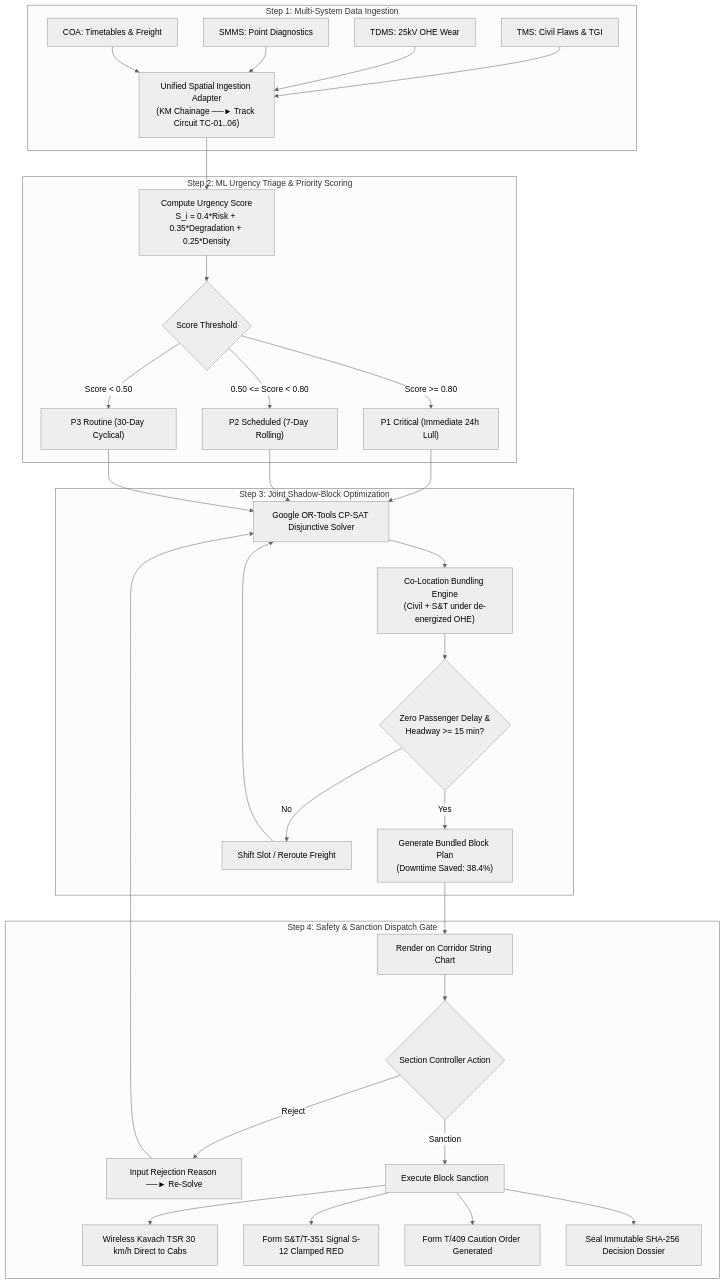
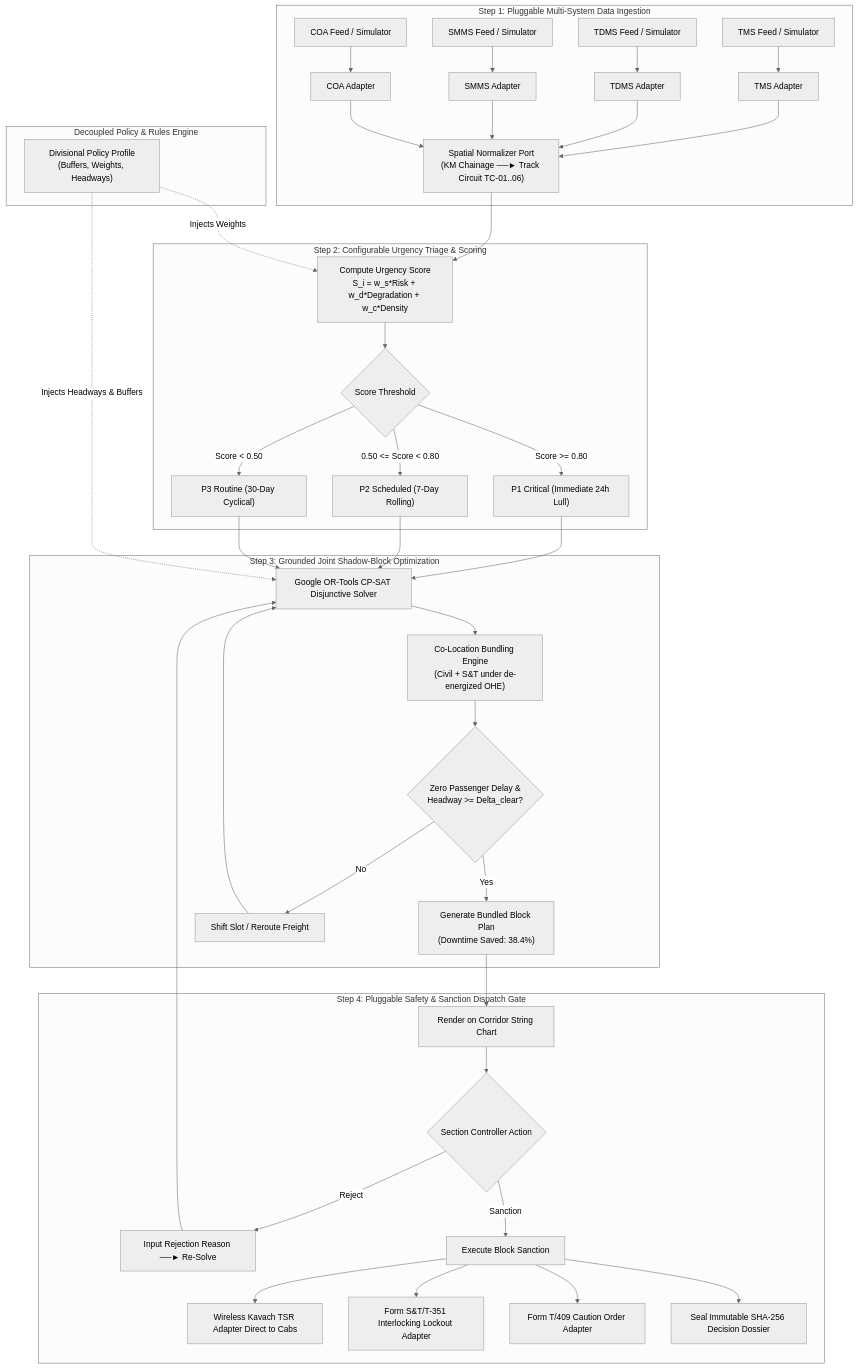
Before and after one commit to ritam413/RailSuraksha-AI-: the first of 3 diagrams in docs/08_appflow.md, drawn with Mermaid (neutral theme). The commit also changed other lines of this file and 368 other files, not shown here.

````diff
--- a/docs/08_appflow.md
+++ b/docs/08_appflow.md
@@ -12,40 +12,47 @@
 ```mermaid
 flowchart TD
-    subgraph S1 ["Step 1: Multi-System Data Ingestion"]
-        TMS["TMS: Civil Flaws & TGI"]
-        TDMS["TDMS: 25kV OHE Wear"]
-        SMMS["SMMS: Point Diagnostics"]
-        COA["COA: Timetables & Freight"]
-        TMS & TDMS & SMMS & COA --> IngestAdapter["Unified Spatial Ingestion Adapter<br/>(KM Chainage ──► Track Circuit TC-01..06)"]
+    subgraph S1 ["Step 1: Pluggable Multi-System Data Ingestion"]
+        TMS["TMS Feed / Simulator"] --> TMSAdapter["TMS Adapter"]
+        TDMS["TDMS Feed / Simulator"] --> TDMSAdapter["TDMS Adapter"]
+        SMMS["SMMS Feed / Simulator"] --> SMMSAdapter["SMMS Adapter"]
+        COA["COA Feed / Simulator"] --> COAAdapter["COA Adapter"]
+        
+        TMSAdapter & TDMSAdapter & SMMSAdapter & COAAdapter --> IngestAdapter["Spatial Normalizer Port<br/>(KM Chainage ──► Track Circuit TC-01..06)"]
     end
 
-    subgraph S2 ["Step 2: ML Urgency Triage & Priority Scoring"]
-        IngestAdapter --> TriageScore["Compute Urgency Score<br/>S_i = 0.4*Risk + 0.35*Degradation + 0.25*Density"]
+    subgraph Policy ["Decoupled Policy & Rules Engine"]
+        PolicyConfig["Divisional Policy Profile<br/>(Buffers, Weights, Headways)"]
+    end
+
+    subgraph S2 ["Step 2: Configurable Urgency Triage & Scoring"]
+        IngestAdapter --> TriageScore["Compute Urgency Score<br/>S_i = w_s*Risk + w_d*Degradation + w_c*Density"]
+        PolicyConfig -.->|Injects Weights| TriageScore
         TriageScore --> Classify{"Score Threshold"}
         Classify -->|Score >= 0.80| P1["P1 Critical (Immediate 24h Lull)"]
         Classify -->|0.50 <= Score < 0.80| P2["P2 Scheduled (7-Day Rolling)"]
         Classify -->|Score < 0.50| P3["P3 Routine (30-Day Cyclical)"]
     end
 
-    subgraph S3 ["Step 3: Joint Shadow-Block Optimization"]
+    subgraph S3 ["Step 3: Grounded Joint Shadow-Block Optimization"]
         P1 & P2 & P3 --> Solver["Google OR-Tools CP-SAT Disjunctive Solver"]
+        PolicyConfig -.->|Injects Headways & Buffers| Solver
         Solver --> Cluster["Co-Location Bundling Engine<br/>(Civil + S&T under de-energized OHE)"]
-        Cluster --> CheckHeadway{"Zero Passenger Delay &<br/>Headway >= 15 min?"}
+        Cluster --> CheckHeadway{"Zero Passenger Delay &<br/>Headway >= Delta_clear?"}
         CheckHeadway -->|Yes| OutputPlan["Generate Bundled Block Plan<br/>(Downtime Saved: 38.4%)"]
         CheckHeadway -->|No| ShiftSlot["Shift Slot / Reroute Freight"]
         ShiftSlot --> Solver
     end
 
-    subgraph S4 ["Step 4: Safety & Sanction Dispatch Gate"]
+    subgraph S4 ["Step 4: Pluggable Safety & Sanction Dispatch Gate"]
         OutputPlan --> CockpitView["Render on Corridor String Chart"]
         CockpitView --> ControllerAction{"Section Controller Action"}
         ControllerAction -->|Reject| ReOptimize["Input Rejection Reason ──► Re-Solve"]
         ReOptimize --> Solver
         ControllerAction -->|Sanction| SanctionActuation["Execute Block Sanction"]
         
-        SanctionActuation --> KAVACH["Wireless Kavach TSR 30 km/h Direct to Cabs"]
-        SanctionActuation --> INTERLOCK["Form S&T/T-351 Signal S-12 Clamped RED"]
-        SanctionActuation --> CAUTION["Form T/409 Caution Order Generated"]
+        SanctionActuation --> KAVACH["Wireless Kavach TSR Adapter Direct to Cabs"]
+        SanctionActuation --> INTERLOCK["Form S&T/T-351 Interlocking Lockout Adapter"]
+        SanctionActuation --> CAUTION["Form T/409 Caution Order Adapter"]
         SanctionActuation --> SEAL["Seal Immutable SHA-256 Decision Dossier"]
     end
 ```
````
